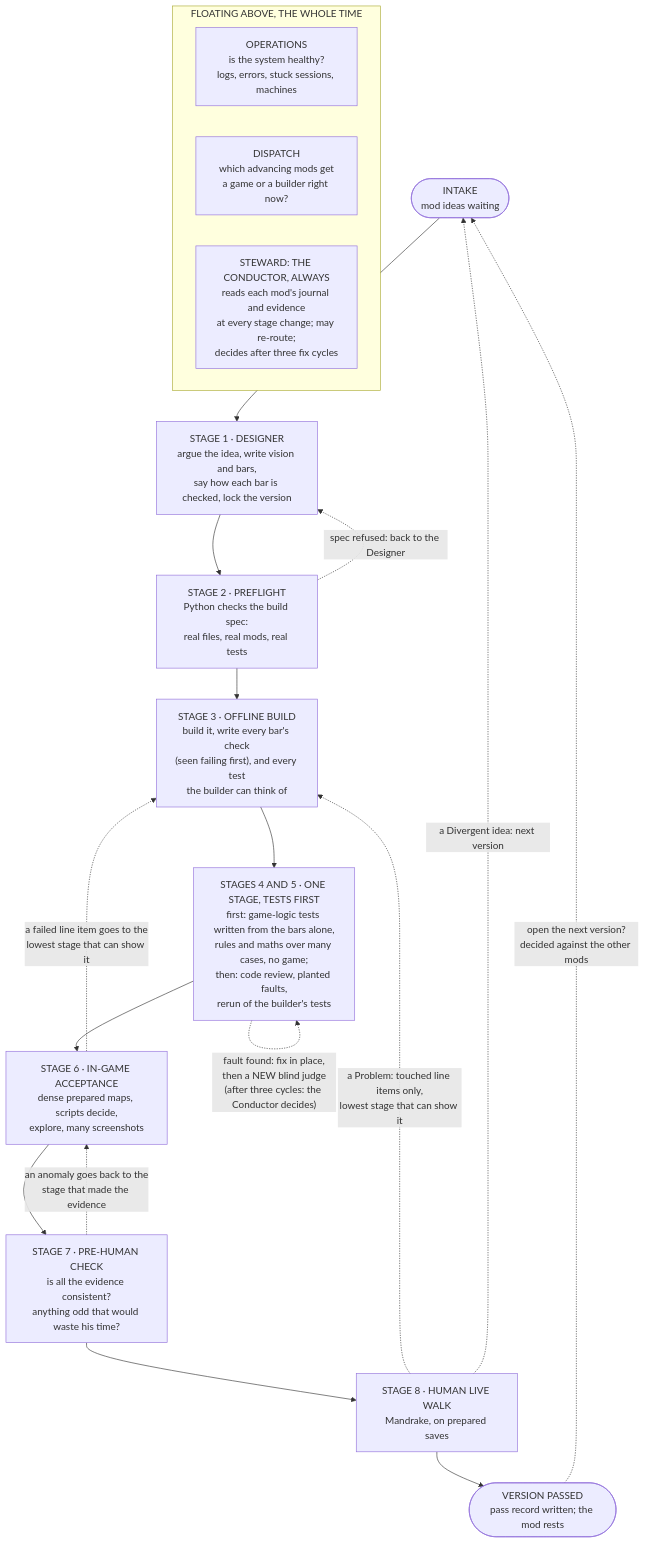
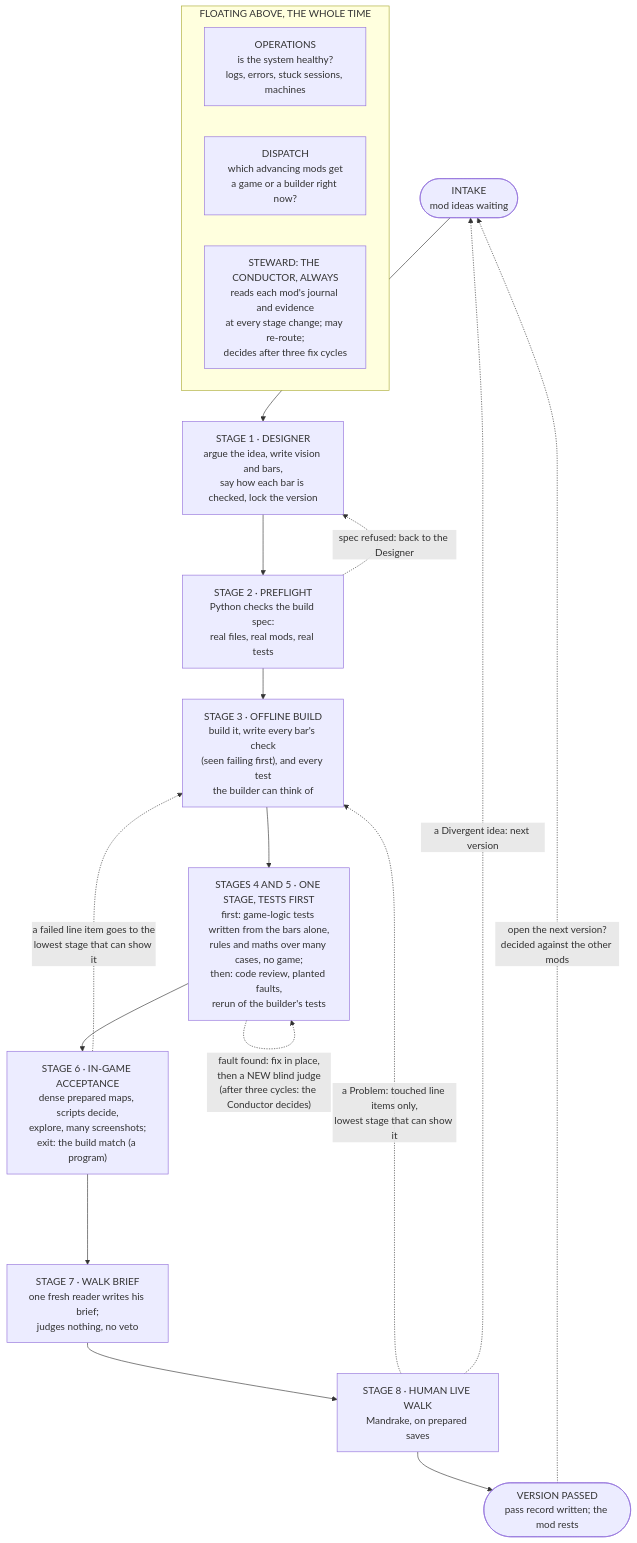
Before and after one commit to Lmandrake/RimMandrake: the diagram in design/specs/2026-11-13-maturation-pipeline.md, drawn with Mermaid. The commit also changed other lines of this file and 18 other files, not shown here.

First line of the commit message:
Maturation Stage 7 becomes the walk brief (no veto); build match program at the Stage 6 exit

````diff
--- a/design/specs/2026-11-13-maturation-pipeline.md
+++ b/design/specs/2026-11-13-maturation-pipeline.md
@@ -87,30 +87,29 @@
 ```mermaid
 flowchart TD
     subgraph ABOVE["FLOATING ABOVE, THE WHOLE TIME"]
         direction LR
         OPS["OPERATIONS<br/>is the system healthy?<br/>logs, errors, stuck sessions, machines"]
         DIS["DISPATCH<br/>which advancing mods get<br/>a game or a builder right now?"]
         STW["STEWARD: THE CONDUCTOR, ALWAYS<br/>reads each mod's journal and evidence<br/>at every stage change; may re-route;<br/>decides after three fix cycles"]
     end
 
     IN(["INTAKE<br/>mod ideas waiting"])
     S1["STAGE 1 · DESIGNER<br/>argue the idea, write vision and bars,<br/>say how each bar is checked, lock the version"]
     S2["STAGE 2 · PREFLIGHT<br/>Python checks the build spec:<br/>real files, real mods, real tests"]
     S3["STAGE 3 · OFFLINE BUILD<br/>build it, write every bar's check<br/>(seen failing first), and every test<br/>the builder can think of"]
     S4["STAGES 4 AND 5 · ONE STAGE, TESTS FIRST<br/>first: game-logic tests written from the bars alone,<br/>rules and maths over many cases, no game;<br/>then: code review, planted faults,<br/>rerun of the builder's tests"]
-    S6["STAGE 6 · IN-GAME ACCEPTANCE<br/>dense prepared maps, scripts decide,<br/>explore, many screenshots"]
-    S7["STAGE 7 · PRE-HUMAN CHECK<br/>is all the evidence consistent?<br/>anything odd that would waste his time?"]
+    S6["STAGE 6 · IN-GAME ACCEPTANCE<br/>dense prepared maps, scripts decide,<br/>explore, many screenshots;<br/>exit: the build match (a program)"]
+    S7["STAGE 7 · WALK BRIEF<br/>one fresh reader writes his brief;<br/>judges nothing, no veto"]
     S8["STAGE 8 · HUMAN LIVE WALK<br/>Mandrake, on prepared saves"]
     PASS(["VERSION PASSED<br/>pass record written; the mod rests"])
 
     IN --> S1 --> S2 --> S3 --> S4 --> S6 --> S7 --> S8 --> PASS
 
     S2 -. "spec refused: back to the Designer" .-> S1
     S4 -. "fault found: fix in place,<br/>then a NEW blind judge<br/>(after three cycles: the Conductor decides)" .-> S4
     S6 -. "a failed line item goes to the<br/>lowest stage that can show it" .-> S3
-    S7 -. "an anomaly goes back to the<br/>stage that made the evidence" .-> S6
     S8 -. "a Problem: touched line items only,<br/>lowest stage that can show it" .-> S3
     S8 -. "a Divergent idea: next version" .-> IN
     PASS -. "open the next version?<br/>decided against the other mods" .-> IN
 
 ```
````
